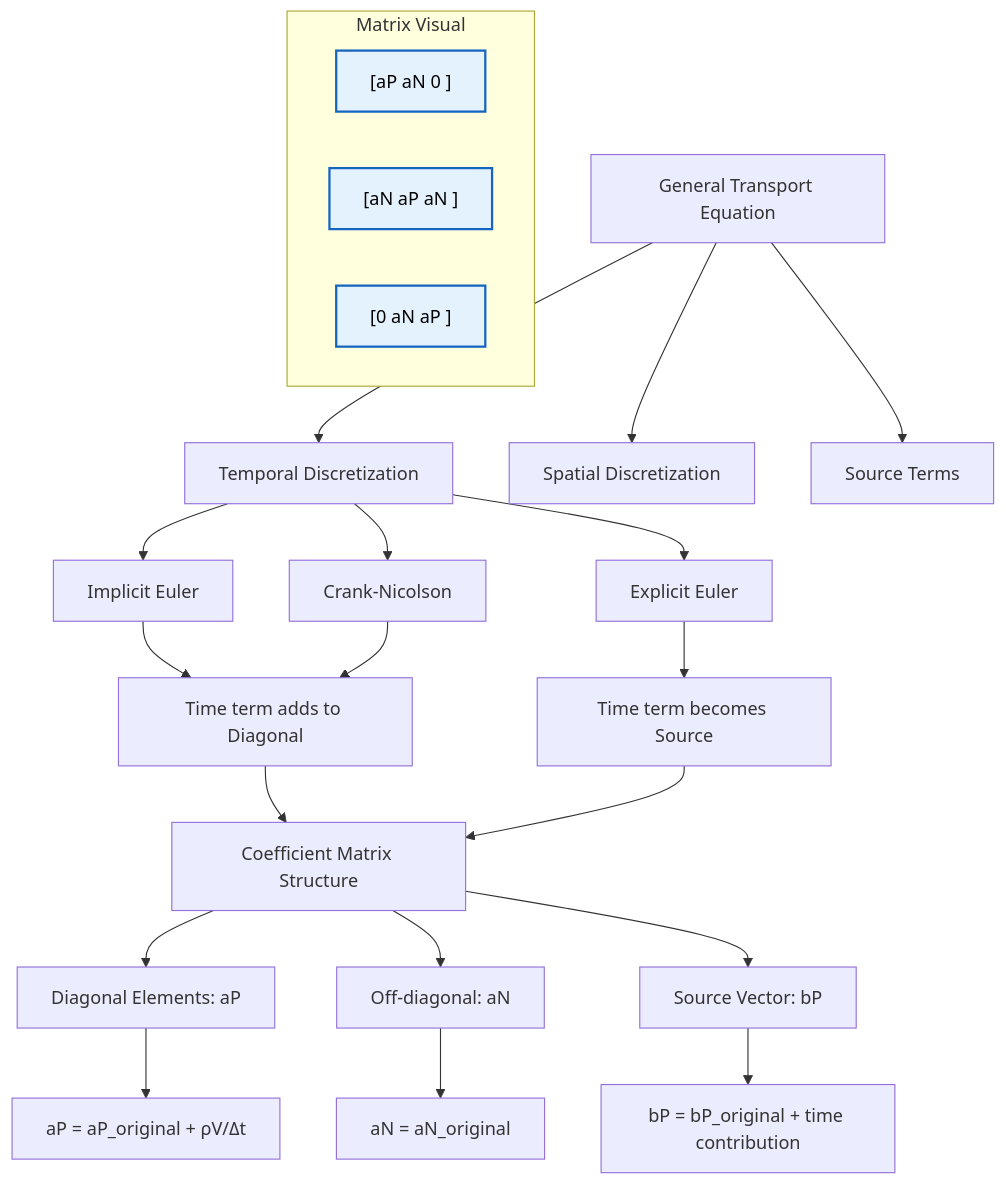
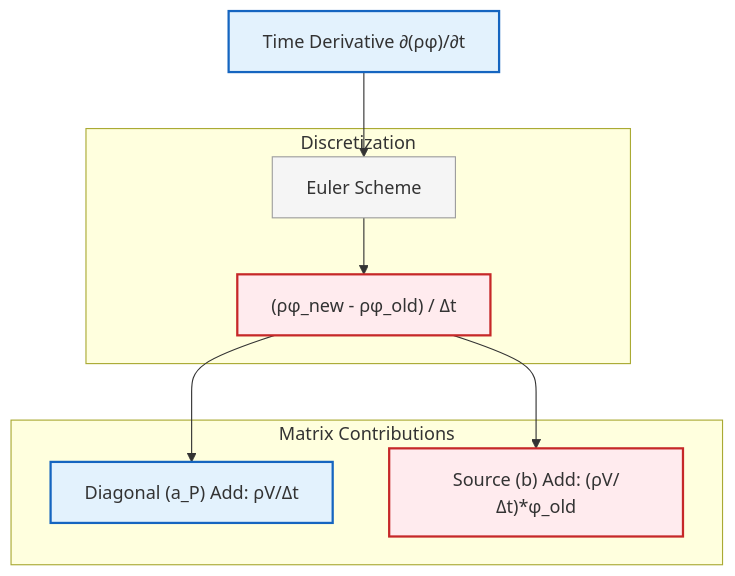
One commit to wramet/build-my-cfd changed the third of 5 diagrams in MODULE_01_CFD_FUNDAMENTALS/CONTENT/02_FINITE_VOLUME_METHOD/04_Temporal_Discretization.md. Above: the diagram before and after it, drawn with Mermaid. The commit also changed other lines of this file and 313 other files, not shown here.

Commit message:
Revise all diagram

````diff
--- a/MODULE_01_CFD_FUNDAMENTALS/CONTENT/02_FINITE_VOLUME_METHOD/04_Temporal_Discretization.md
+++ b/MODULE_01_CFD_FUNDAMENTALS/CONTENT/02_FINITE_VOLUME_METHOD/04_Temporal_Discretization.md
@@ -200,35 +206,21 @@
 ```mermaid
 graph TD
-    A["General Transport Equation"] --> B["Temporal Discretization"]
-    A --> C["Spatial Discretization"]
-    A --> D["Source Terms"]
+%% Logic of ddt contribution
+Term["Time Derivative ∂(ρφ)/∂t"]:::implicit
+subgraph Discretization["Discretization"]
+    Euler["Euler Scheme"]:::context
+    Eq["(ρφ_new - ρφ_old) / Δt"]:::explicit
+end
+subgraph MatrixContrib["Matrix Contributions"]
+    Diag["Diagonal (a_P) Add: ρV/Δt"]:::implicit
+    Source["Source (b) Add: (ρV/Δt)*φ_old"]:::explicit
+end
+Term --> Euler --> Eq
+Eq --> Diag
+Eq --> Source
 
-    B --> E["Explicit Euler"]
-    B --> F["Implicit Euler"]
-    B --> G["Crank-Nicolson"]
-
-    E --> H["Time term becomes Source"]
-    F --> I["Time term adds to Diagonal"]
-    G --> I
-
-    I --> J["Coefficient Matrix Structure"]
-    H --> J
-
-    J --> K["Diagonal Elements: aP"]
-    J --> L["Off-diagonal: aN"]
-    J --> M["Source Vector: bP"]
-
-    K --> N["aP = aP_original + ρV/Δt"]
-    L --> O["aN = aN_original"]
-    M --> P["bP = bP_original + time contribution"]
-
-    subgraph "Matrix Visual"
-        Q["[aP  aN  0  ]"]
-        R["[aN  aP  aN ]"]
-        S["[0   aN  aP ]"]
-    end
-
-    style Q fill:#e3f2fd,stroke:#1565c0,stroke-width:2px,color:#000;
-    style R fill:#e3f2fd,stroke:#1565c0,stroke-width:2px,color:#000;
-    style S fill:#e3f2fd,stroke:#1565c0,stroke-width:2px,color:#000;
+%% Classes
+classDef implicit fill:#e3f2fd,stroke:#1565c0,stroke-width:2px
+classDef explicit fill:#ffebee,stroke:#c62828,stroke-width:2px
+classDef context fill:#f5f5f5,stroke:#9e9e9e,stroke-width:1px
 ```
````
